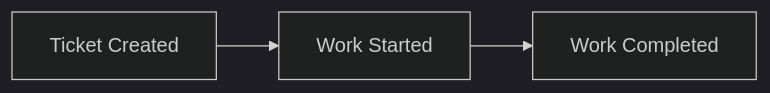
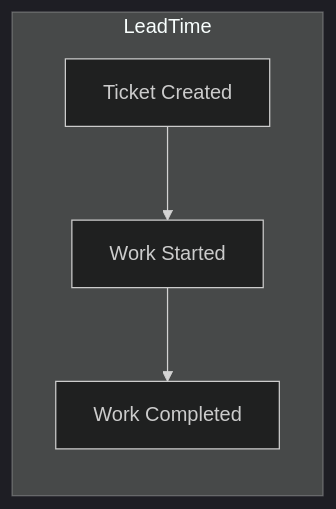
One commit to wayofthepie/notes changed the first of 2 diagrams in books/the_devops_handbook.md. Above: the diagram before and after it, drawn with Mermaid (dark theme).

Commit message:
Add subgraph

````diff
--- a/books/the_devops_handbook.md
+++ b/books/the_devops_handbook.md
@@ -10,5 +10,7 @@
 ```mermaid
-graph LR
+flowchart LR
+    subgraph LeadTime
     ticket[Ticket Created] --> start[Work Started];
     start[Work Started] --> complete[Work Completed];
+    end
 ```
````
